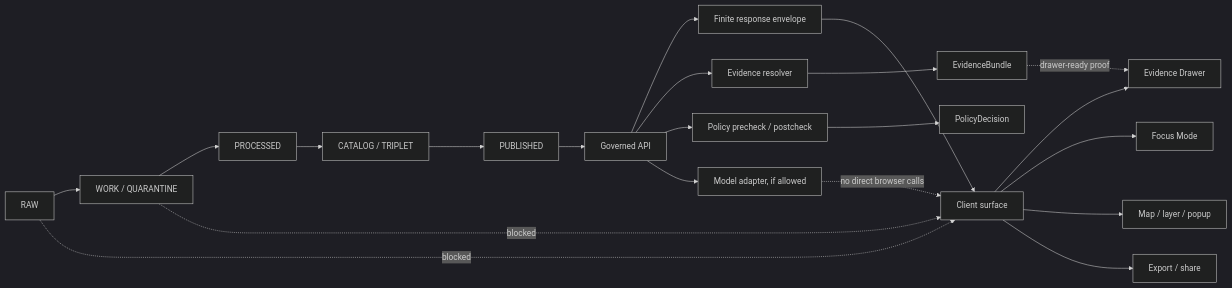
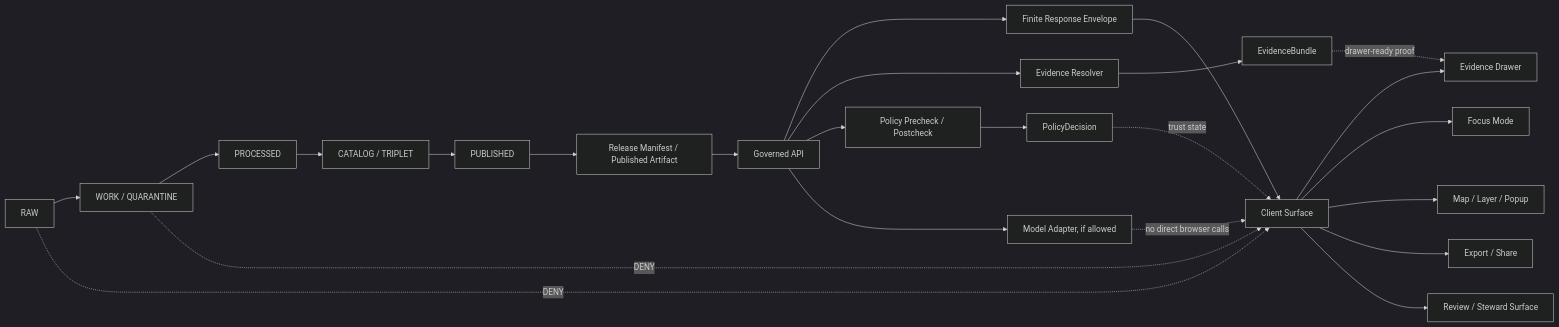
Before and after one commit to bartytime4life/Kansas-Frontier-Matrix: the diagram in docs/architecture/CLIENT_VERIFICATION.md, drawn with Mermaid (dark theme). The commit also changed other lines of this file, not shown here.

````diff
--- a/docs/architecture/CLIENT_VERIFICATION.md
+++ b/docs/architecture/CLIENT_VERIFICATION.md
@@ -79,28 +101,31 @@
 ```mermaid
 flowchart LR
   RAW[RAW] --> WORK[WORK / QUARANTINE]
   WORK --> PROCESSED[PROCESSED]
   PROCESSED --> CATALOG[CATALOG / TRIPLET]
   CATALOG --> PUBLISHED[PUBLISHED]
 
-  PUBLISHED --> GAPI[Governed API]
-  GAPI --> ENV[Finite response envelope]
-  ENV --> CLIENT[Client surface]
+  PUBLISHED --> RELEASE[Release Manifest / Published Artifact]
+  RELEASE --> GAPI[Governed API]
+  GAPI --> ENV[Finite Response Envelope]
+  ENV --> CLIENT[Client Surface]
 
-  GAPI --> RESOLVER[Evidence resolver]
-  GAPI --> POLICY[Policy precheck / postcheck]
-  GAPI --> MODEL[Model adapter, if allowed]
+  GAPI --> RESOLVER[Evidence Resolver]
+  GAPI --> POLICY[Policy Precheck / Postcheck]
+  GAPI --> MODEL[Model Adapter, if allowed]
 
   RESOLVER --> BUNDLE[EvidenceBundle]
   POLICY --> DECISION[PolicyDecision]
 
   CLIENT --> DRAWER[Evidence Drawer]
   CLIENT --> FOCUS[Focus Mode]
-  CLIENT --> MAP[Map / layer / popup]
-  CLIENT --> EXPORT[Export / share]
+  CLIENT --> MAP[Map / Layer / Popup]
+  CLIENT --> EXPORT[Export / Share]
+  CLIENT --> REVIEW[Review / Steward Surface]
 
-  RAW -. blocked .-> CLIENT
-  WORK -. blocked .-> CLIENT
+  RAW -. DENY .-> CLIENT
+  WORK -. DENY .-> CLIENT
   MODEL -. no direct browser calls .-> CLIENT
   BUNDLE -. drawer-ready proof .-> DRAWER
+  DECISION -. trust state .-> CLIENT
 ```
````
